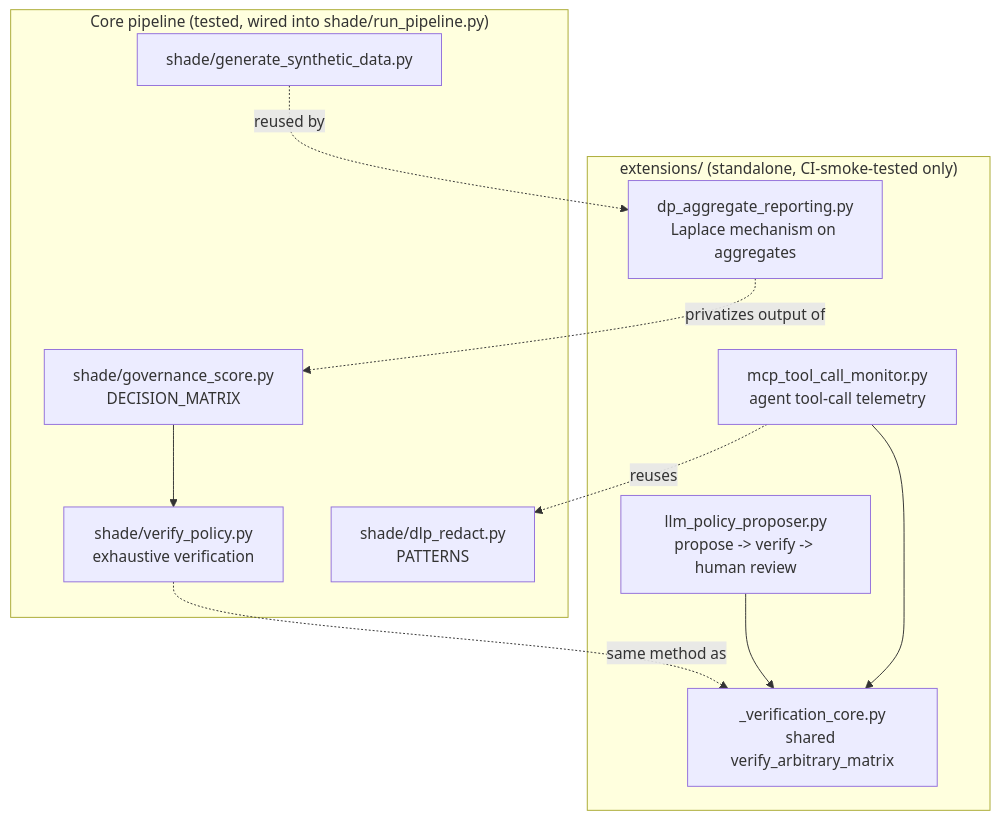
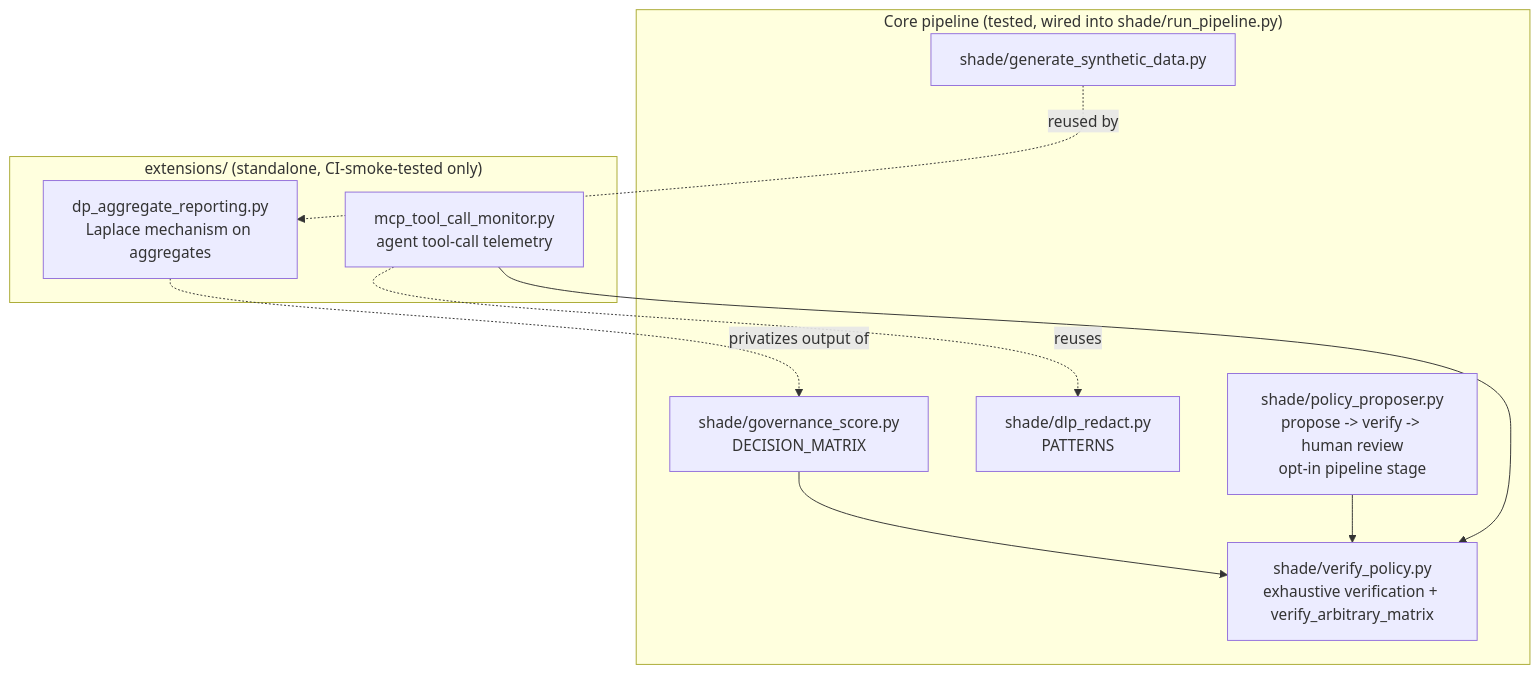
Before and after one commit to Zartharas/SHADE: the diagram in docs/extensions.md, drawn with Mermaid. The commit also changed other lines of this file and 10 other files, not shown here.

First line of the commit message:
Integrate LLM policy proposer into shade/ (ADR 0002)

````diff
--- a/docs/extensions.md
+++ b/docs/extensions.md
@@ -17,20 +27,18 @@
 ```mermaid
 flowchart TB
     subgraph core["Core pipeline (tested, wired into shade/run_pipeline.py)"]
-        GS[shade/governance_score.py<br/>DECISION_MATRIX] --> VP[shade/verify_policy.py<br/>exhaustive verification]
+        GS[shade/governance_score.py<br/>DECISION_MATRIX] --> VP[shade/verify_policy.py<br/>exhaustive verification + verify_arbitrary_matrix]
         DR[shade/dlp_redact.py<br/>PATTERNS]
         GEN[shade/generate_synthetic_data.py]
+        PP[shade/policy_proposer.py<br/>propose -> verify -> human review<br/>opt-in pipeline stage]
     end
     subgraph ext["extensions/ (standalone, CI-smoke-tested only)"]
-        LLM[llm_policy_proposer.py<br/>propose -> verify -> human review]
         MCP[mcp_tool_call_monitor.py<br/>agent tool-call telemetry]
         DP[dp_aggregate_reporting.py<br/>Laplace mechanism on aggregates]
-        VC[_verification_core.py<br/>shared verify_arbitrary_matrix]
     end
-    VP -.same method as.-> VC
-    LLM --> VC
-    MCP --> VC
+    PP --> VP
+    MCP --> VP
     MCP -.reuses.-> DR
     DP -.privatizes output of.-> GS
     GEN -.reused by.-> DP
 ```
````
